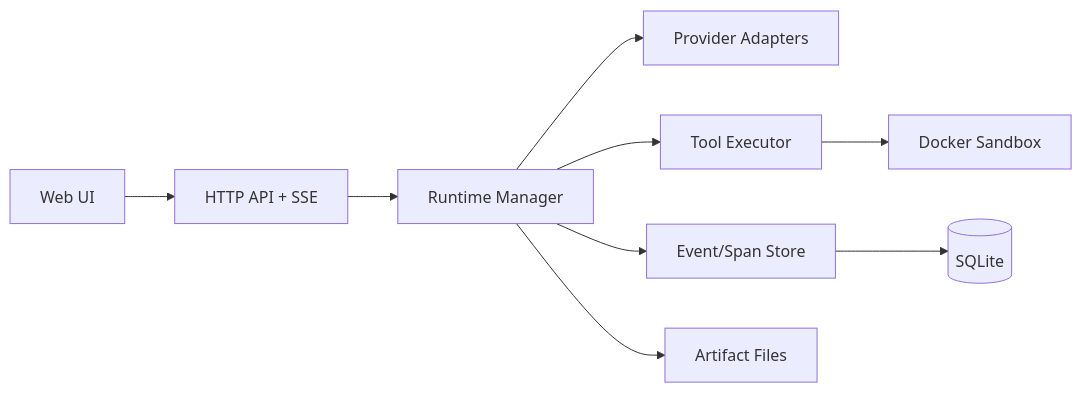
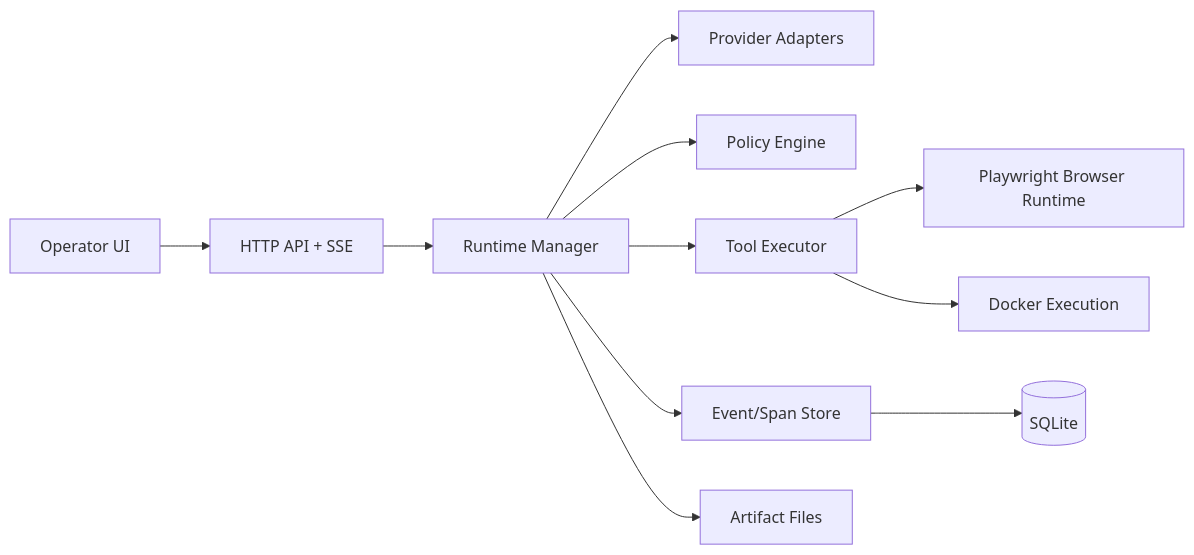
One commit to abhid/colosseum-go changed the diagram in docs/02-architecture.md. Above: the diagram before and after it, drawn with Mermaid. The commit also changed other lines of this file and 10 other files, not shown here.

````diff
--- a/docs/02-architecture.md
+++ b/docs/02-architecture.md
@@ -7,11 +7,13 @@
 ```mermaid
 flowchart LR
-  ui[Web UI] --> api[HTTP API + SSE]
+  ui[Operator UI] --> api[HTTP API + SSE]
   api --> runtime[Runtime Manager]
   runtime --> providers[Provider Adapters]
+  runtime --> policy[Policy Engine]
   runtime --> tools[Tool Executor]
-  tools --> docker[Docker Sandbox]
+  tools --> browser[Playwright Browser Runtime]
+  tools --> docker[Docker Execution]
   runtime --> session[Event/Span Store]
   session --> sqlite[(SQLite)]
   runtime --> artifacts[Artifact Files]
 ```
````
